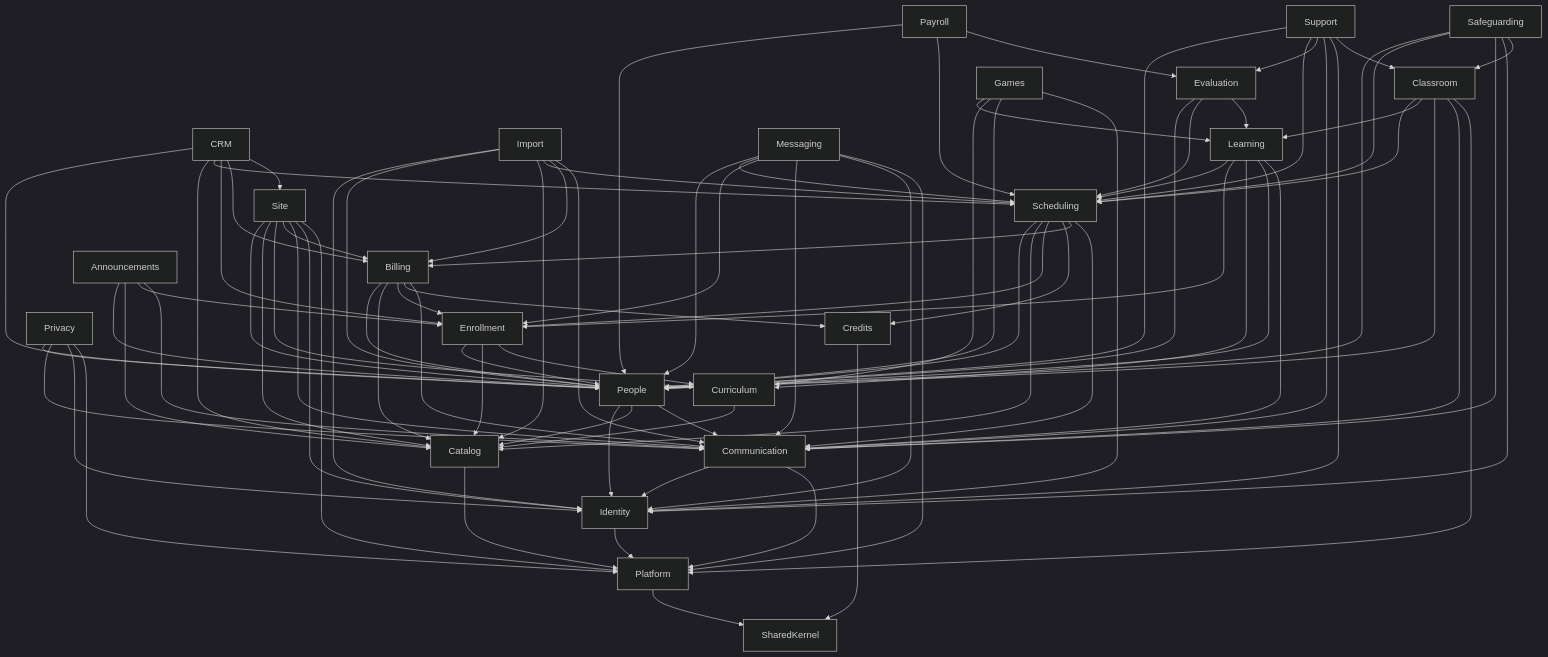
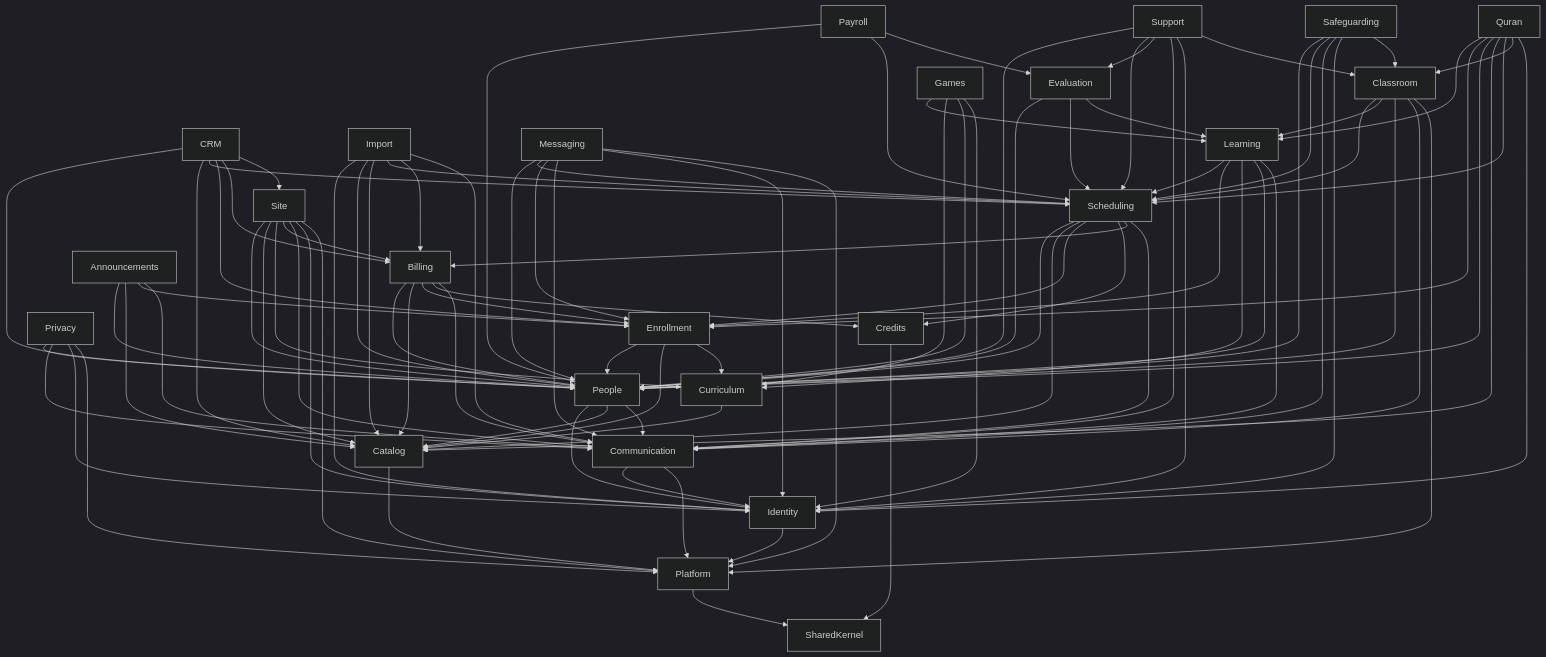
One commit to Mahmoud-Elgonidi/academy-lms changed the diagram in docs/architecture/04-design-patterns.md. Above: the diagram before and after it, drawn with Mermaid (dark theme). The commit also changed other lines of this file and 296 other files, not shown here.

````diff
--- a/docs/architecture/04-design-patterns.md
+++ b/docs/architecture/04-design-patterns.md
@@ -55,26 +56,27 @@
 ```mermaid
 flowchart TD
     CRM --> People & Catalog & Scheduling & Enrollment & Billing & Site
     Site --> People & Catalog & Curriculum & Billing & Communication & Identity & Platform
     Import --> Identity & People & Catalog & Scheduling & Billing & Communication
     Payroll --> People & Scheduling & Evaluation
     Evaluation --> People & Scheduling & Learning
     Support --> People & Scheduling & Evaluation & Communication & Identity & Classroom
     Privacy --> People & Communication & Identity & Platform
     Safeguarding --> People & Scheduling & Communication & Identity & Classroom
     Messaging --> People & Scheduling & Enrollment & Communication & Identity & Platform
     Announcements --> People & Catalog & Enrollment & Communication
     Games --> Learning & Curriculum & People & Identity
+    Quran --> Learning & Enrollment & People & Catalog & Scheduling & Classroom & Identity
     Learning --> Scheduling & Enrollment & Curriculum & People & Communication
     Billing --> People & Catalog & Enrollment & Credits & Communication
     Classroom --> Scheduling & Learning & People & Communication & Platform
     Scheduling --> People & Catalog & Enrollment & Credits & Billing & Communication
     Enrollment --> People & Catalog & Curriculum
     Curriculum --> Catalog
     People --> Identity & Catalog & Communication
     Communication --> Identity & Platform
     Identity --> Platform
     Catalog --> Platform
     Credits --> SharedKernel
     Platform --> SharedKernel
 ```
````
